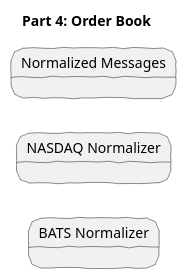
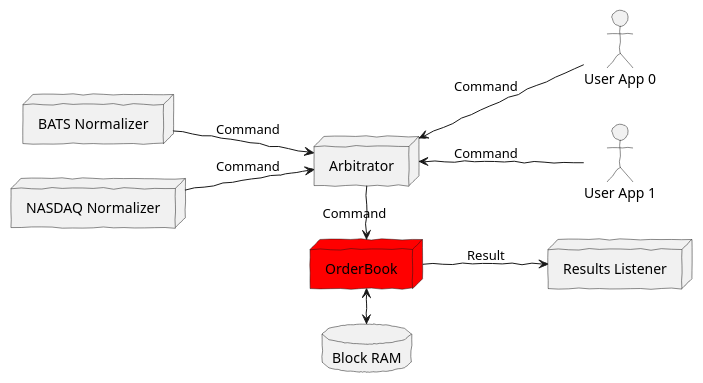
The diagram in diagrams/Part.4.plantuml (fpganow/OrderBook), drawn with PlantUML before and after one commit. The commit also changed 4 other files, not shown here.

Commit message:
Updating diagrams

```diff
--- a/diagrams/Part.4.plantuml
+++ b/diagrams/Part.4.plantuml
@@ -1,22 +1,34 @@
 @startuml Part 4: Order Book
 
-title Part 4: Order Book
+'title Part 4: Order Book
 
 skinparam handwritten true
 left to right direction
 
 skinparam cloud {
     handwritten false
 }
 
-state "BATS Normalizer" as BATS
-state "NASDAQ Normalizer" as NASDAQ
-state "Normalized Messages" as Normalized
-'node "Order Book Processor" as OrderBook
-'node OrderBook
-'database "Block RAM" as Memory
 
-'Normalized --> OrderBook
-'OrderBook -> Memory
+node "BATS Normalizer" as BATS
+node "NASDAQ Normalizer" as NASDAQ
+node "Arbitrator" as Arbitrator
+
+actor "User App 0" as App0
+actor "User App 1" as App1
+
+node "Results Listener" as Results
+node "OrderBook" as OrderBook #FF0000
+
+database "Block RAM" as Memory
+
+BATS --> Arbitrator: Command
+NASDAQ --> Arbitrator: Command
+Arbitrator <-- App0: Command
+Arbitrator <-- App1: Command
+Arbitrator -> OrderBook: Command
+
+OrderBook --> Results: Result
+OrderBook <-> Memory
 
 @enduml
```
